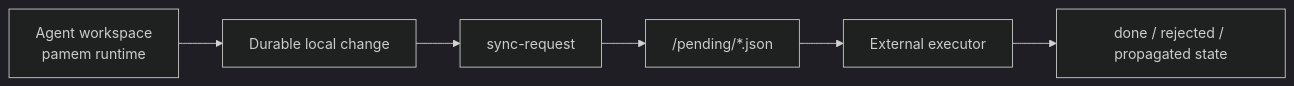
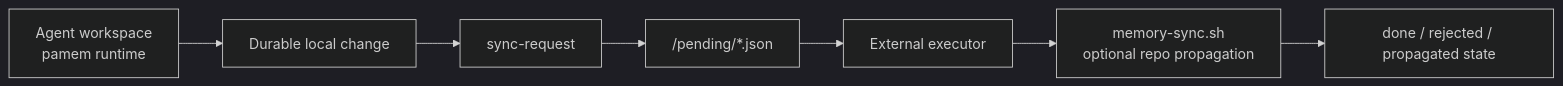
One commit to PHLens/pamem changed the first of 2 diagrams in SYNC.md. Above: the diagram before and after it, drawn with Mermaid (dark theme). The commit also changed other lines of this file and 19 other files, not shown here.

Commit message:
Add shared memory repo bootstrap

````diff
--- a/SYNC.md
+++ b/SYNC.md
@@ -40,8 +43,9 @@
 ```mermaid
 flowchart LR
     A["Agent workspace<br/>pamem runtime"] --> B["Durable local change"]
     B --> C["sync-request"]
     C --> D["<sync-queue-root>/pending/*.json"]
     D --> E["External executor"]
-    E --> F["done / rejected / propagated state"]
+    E --> G["memory-sync.sh<br/>optional repo propagation"]
+    G --> F["done / rejected / propagated state"]
 ```
````
